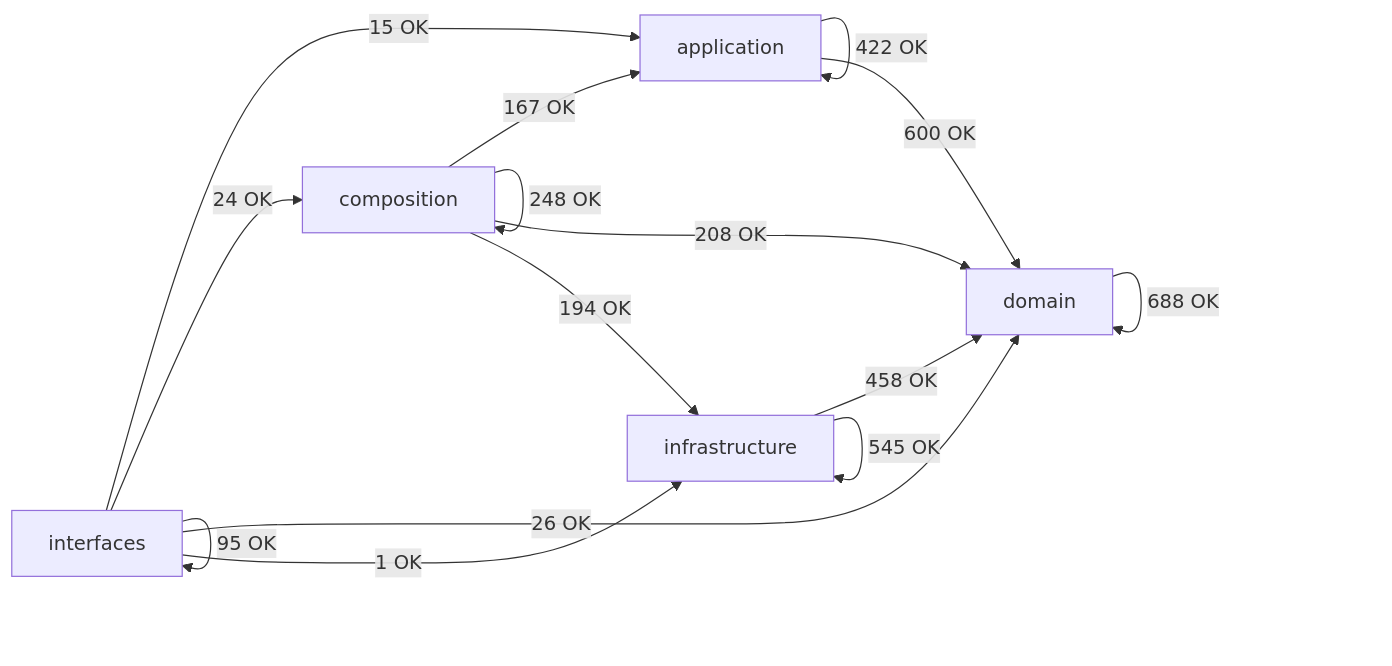
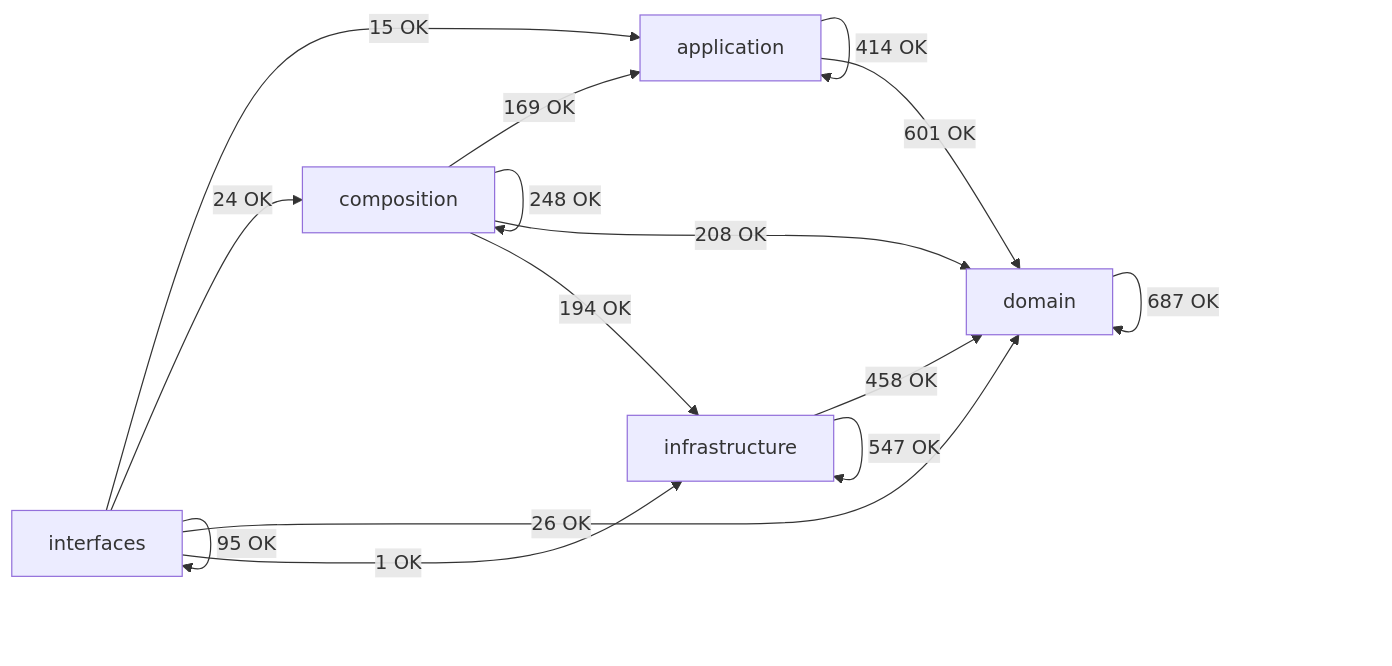
The diagram in docs/02-architecture/generated/module-dependency-map.md (SatoryKono/BioactivityDataAcquisition), drawn with Mermaid before and after one commit. The commit also changed other lines of this file and 149 other files, not shown here.

````diff
--- a/docs/02-architecture/generated/module-dependency-map.md
+++ b/docs/02-architecture/generated/module-dependency-map.md
@@ -16,22 +16,22 @@
 ```mermaid
 flowchart LR
     domain[domain]
     application[application]
     infrastructure[infrastructure]
     composition[composition]
     interfaces[interfaces]
-    application -->|422 OK| application
-    application -->|600 OK| domain
-    composition -->|167 OK| application
+    application -->|414 OK| application
+    application -->|601 OK| domain
+    composition -->|169 OK| application
     composition -->|248 OK| composition
     composition -->|208 OK| domain
     composition -->|194 OK| infrastructure
-    domain -->|688 OK| domain
+    domain -->|687 OK| domain
     infrastructure -->|458 OK| domain
-    infrastructure -->|545 OK| infrastructure
+    infrastructure -->|547 OK| infrastructure
     interfaces -->|15 OK| application
     interfaces -->|24 OK| composition
     interfaces -->|26 OK| domain
     interfaces -->|1 OK| infrastructure
     interfaces -->|95 OK| interfaces
 ```
````
